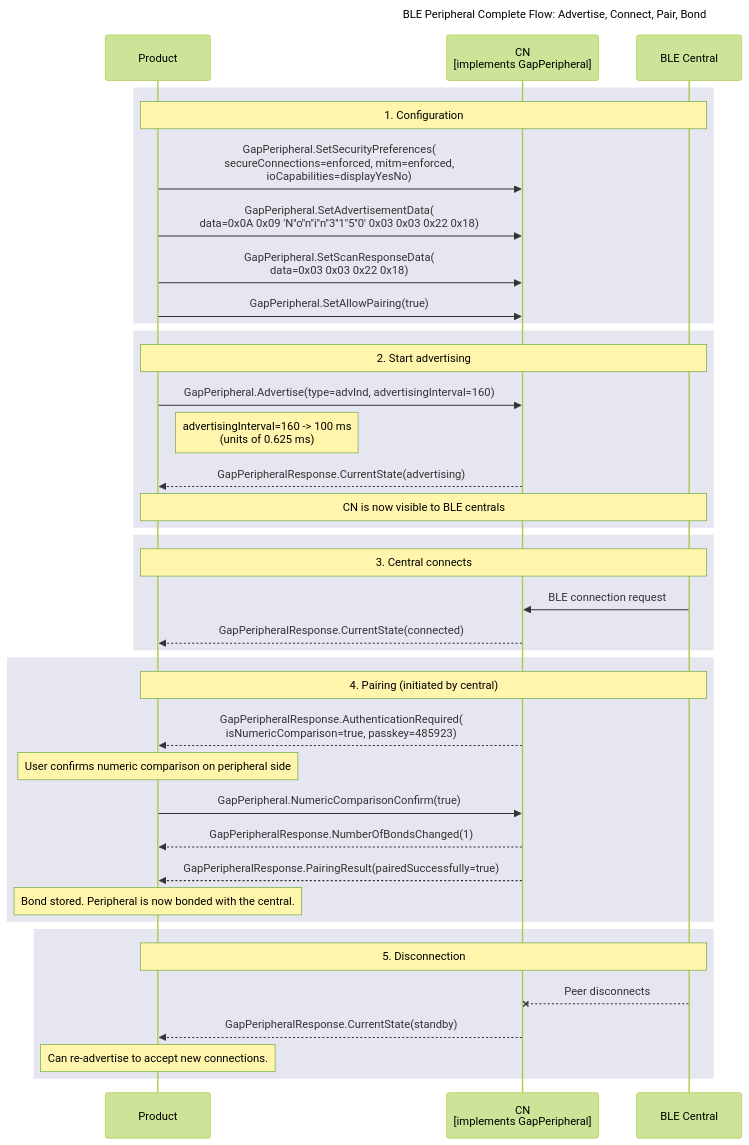
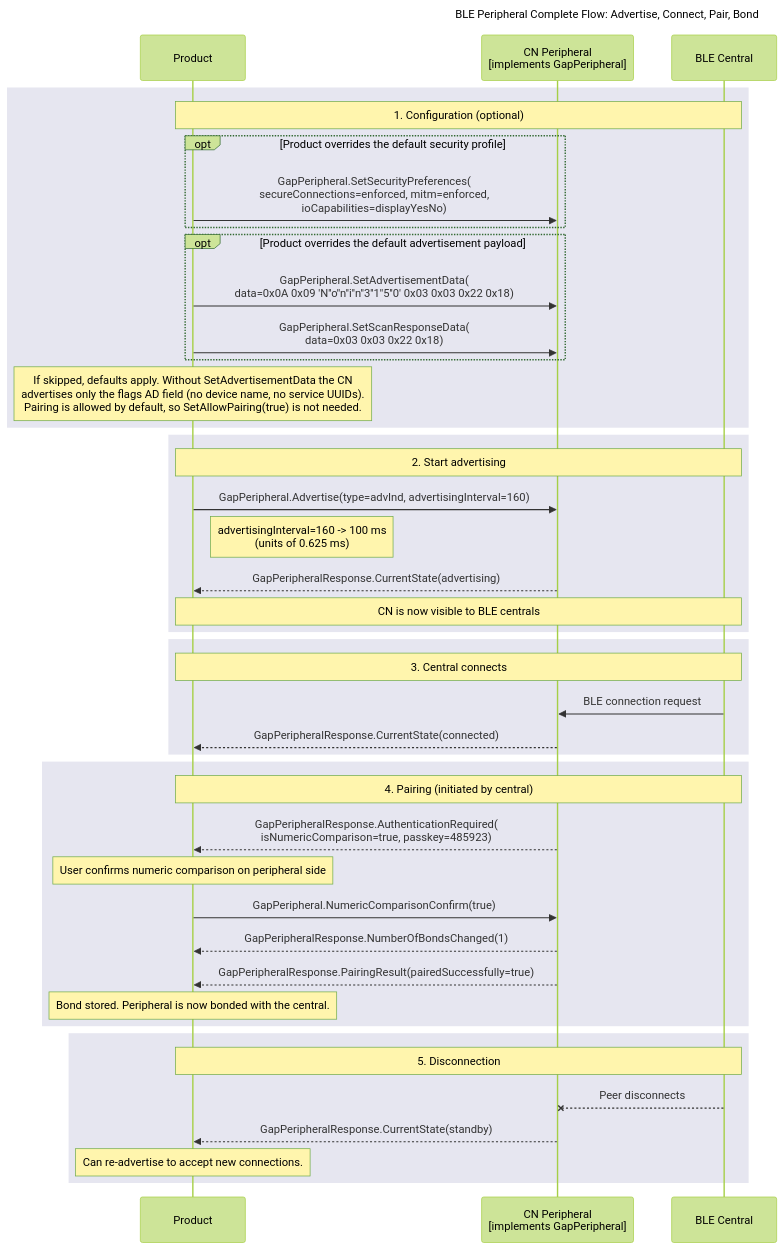
The diagram in documents/modules/ROOT/partials/echoservices/composite_flows/PeripheralRole_CompleteFlow_sequence.mmd (philips-software/amp-embedded-infra-lib), drawn with Mermaid (forest theme) before and after one commit.

Commit message:
update peripheral role diagram

```diff
--- a/documents/modules/ROOT/partials/echoservices/composite_flows/PeripheralRole_CompleteFlow_sequence.mmd
+++ b/documents/modules/ROOT/partials/echoservices/composite_flows/PeripheralRole_CompleteFlow_sequence.mmd
@@ -1,50 +1,54 @@
 sequenceDiagram
     title BLE Peripheral Complete Flow: Advertise, Connect, Pair, Bond
 
     participant Product as Product
-    participant CN as CN<br>[implements GapPeripheral]
+    participant CN as CN Peripheral<br>[implements GapPeripheral]
     participant Central as BLE Central
 
     rect rgb(230, 230, 240)
-        note over Product, Central: 1. Configuration
-        Product->>CN: GapPeripheral.SetSecurityPreferences(<br>secureConnections=enforced, mitm=enforced,<br>ioCapabilities=displayYesNo)
-        Product->>CN: GapPeripheral.SetAdvertisementData(<br>data=0x0A 0x09 'N''o''n''i''n''3''1''5''0' 0x03 0x03 0x22 0x18)
-        Product->>CN: GapPeripheral.SetScanResponseData(<br>data=0x03 0x03 0x22 0x18)
-        Product->>CN: GapPeripheral.SetAllowPairing(true)
+        note over Product, Central: 1. Configuration (optional)
+        opt Product overrides the default security profile
+            Product->>CN: GapPeripheral.SetSecurityPreferences(<br>secureConnections=enforced, mitm=enforced,<br>ioCapabilities=displayYesNo)
+        end
+        opt Product overrides the default advertisement payload
+            Product->>CN: GapPeripheral.SetAdvertisementData(<br>data=0x0A 0x09 'N''o''n''i''n''3''1''5''0' 0x03 0x03 0x22 0x18)
+            Product->>CN: GapPeripheral.SetScanResponseData(<br>data=0x03 0x03 0x22 0x18)
+        end
+        Note over Product: If skipped, defaults apply. Without SetAdvertisementData the CN<br>advertises only the flags AD field (no device name, no service UUIDs).<br>Pairing is allowed by default, so SetAllowPairing(true) is not needed.
     end
 
     rect rgb(230, 230, 240)
         note over Product, Central: 2. Start advertising
         Product->>CN: GapPeripheral.Advertise(type=advInd, advertisingInterval=160)
         Note right of Product: advertisingInterval=160 -> 100 ms<br>(units of 0.625 ms)
         CN-->>Product: GapPeripheralResponse.CurrentState(advertising)
 
         Note over Product, Central: CN is now visible to BLE centrals
     end
 
     rect rgb(230, 230, 240)
         note over Product, Central: 3. Central connects
         Central->>CN: BLE connection request
         CN-->>Product: GapPeripheralResponse.CurrentState(connected)
     end
 
     rect rgb(230, 230, 240)
         note over Product, Central: 4. Pairing (initiated by central)
         CN-->>Product: GapPeripheralResponse.AuthenticationRequired(<br>isNumericComparison=true, passkey=485923)
 
         Note over Product: User confirms numeric comparison on peripheral side
 
         Product->>CN: GapPeripheral.NumericComparisonConfirm(true)
         CN-->>Product: GapPeripheralResponse.NumberOfBondsChanged(1)
         CN-->>Product: GapPeripheralResponse.PairingResult(pairedSuccessfully=true)
 
         Note over Product: Bond stored. Peripheral is now bonded with the central.
     end
 
     rect rgb(230, 230, 240)
         note over Product, Central: 5. Disconnection
         Central--xCN: Peer disconnects
         CN-->>Product: GapPeripheralResponse.CurrentState(standby)
 
         Note over Product: Can re-advertise to accept new connections.
     end
```
